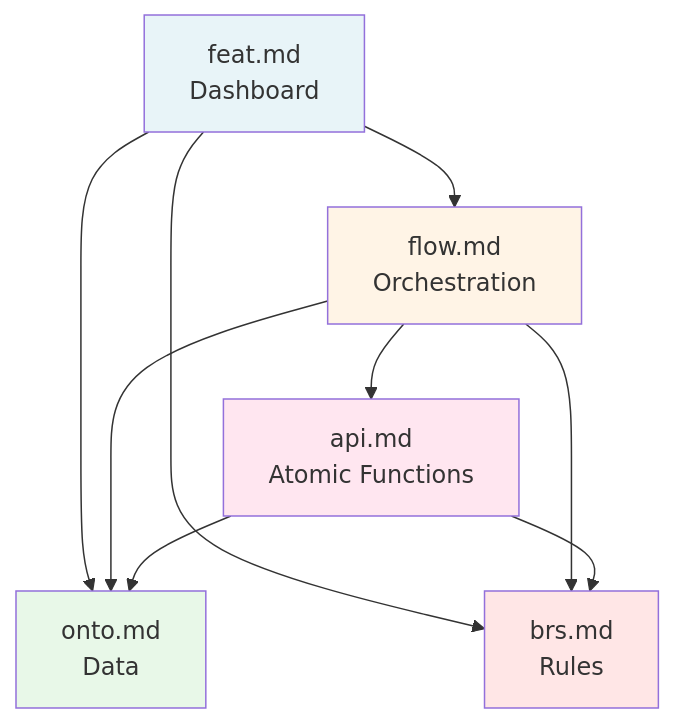
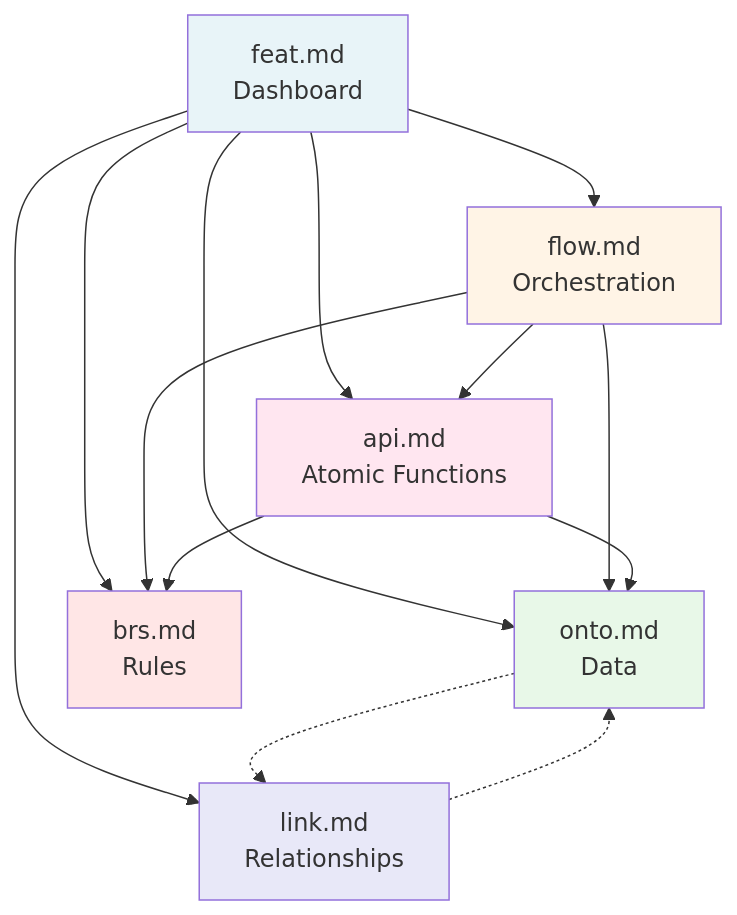
Before and after one commit to a4b-corporation/xTalent: the second of 11 diagrams in docs/Axiom-Codex/technical-standards.md, drawn with Mermaid. The commit also changed other lines of this file and 18 other files, not shown here.

````diff
--- a/docs/Axiom-Codex/technical-standards.md
+++ b/docs/Axiom-Codex/technical-standards.md
@@ -1432,19 +1665,25 @@
 ```mermaid
 graph TD
     F[feat.md<br>Dashboard] --> O[onto.md<br>Data]
+    F --> L[link.md<br>Relationships]
     F --> B[brs.md<br>Rules]
+    F --> A[api.md<br>Atomic Functions]
     F --> FL[flow.md<br>Orchestration]
     
+    O -.-> L
+    L -.-> O
+    
+    FL --> A
     FL --> O
     FL --> B
-    FL --> A[api.md<br>Atomic Functions]
     
     A --> O
     A --> B
     
     style F fill:#E8F4F8
     style O fill:#E8F8E8
+    style L fill:#E8E8F8
     style B fill:#FFE6E6
+    style A fill:#FFE6F0
     style FL fill:#FFF4E6
-    style A fill:#FFE6F0
 ```
````
